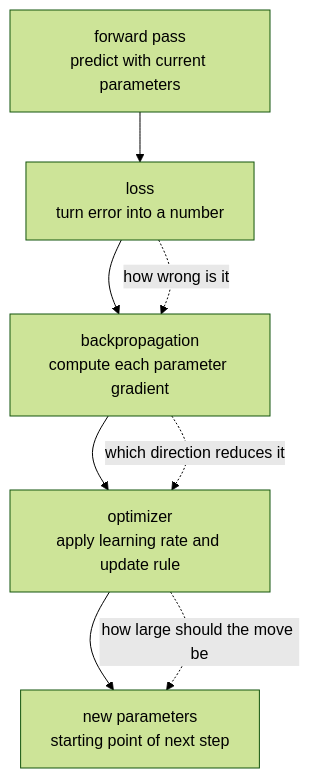
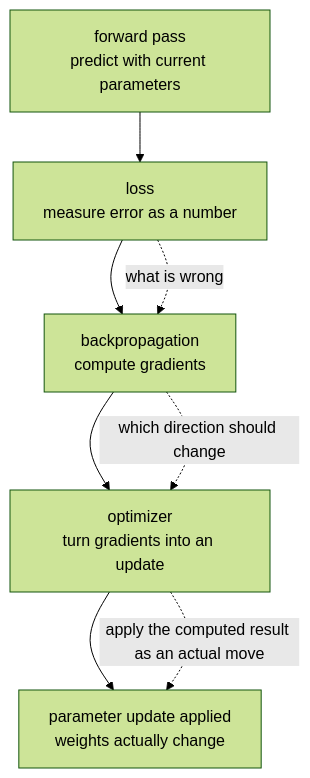
The diagram in docs/assets/part-05/chapter-07/optimizer-loop-flow-en.mmd (devchan64/AiBook), drawn with Mermaid (forest theme) before and after one commit. The commit also changed 25 other files, not shown here.

```diff
--- a/docs/assets/part-05/chapter-07/optimizer-loop-flow-en.mmd
+++ b/docs/assets/part-05/chapter-07/optimizer-loop-flow-en.mmd
@@ -1,15 +1,15 @@
 flowchart TD
   A["forward pass<br/>predict with current parameters"]
-  B["loss<br/>turn error into a number"]
-  C["backpropagation<br/>compute each parameter gradient"]
-  D["optimizer<br/>apply learning rate and update rule"]
-  E["new parameters<br/>starting point of next step"]
+  B["loss<br/>measure error as a number"]
+  C["backpropagation<br/>compute gradients"]
+  D["optimizer<br/>turn gradients into an update"]
+  E["parameter update applied<br/>weights actually change"]
 
   A --> B
   B --> C
   C --> D
   D --> E
 
-  B -. "how wrong is it" .-> C
-  C -. "which direction reduces it" .-> D
-  D -. "how large should the move be" .-> E
+  B -. "what is wrong" .-> C
+  C -. "which direction should change" .-> D
+  D -. "apply the computed result as an actual move" .-> E
```
